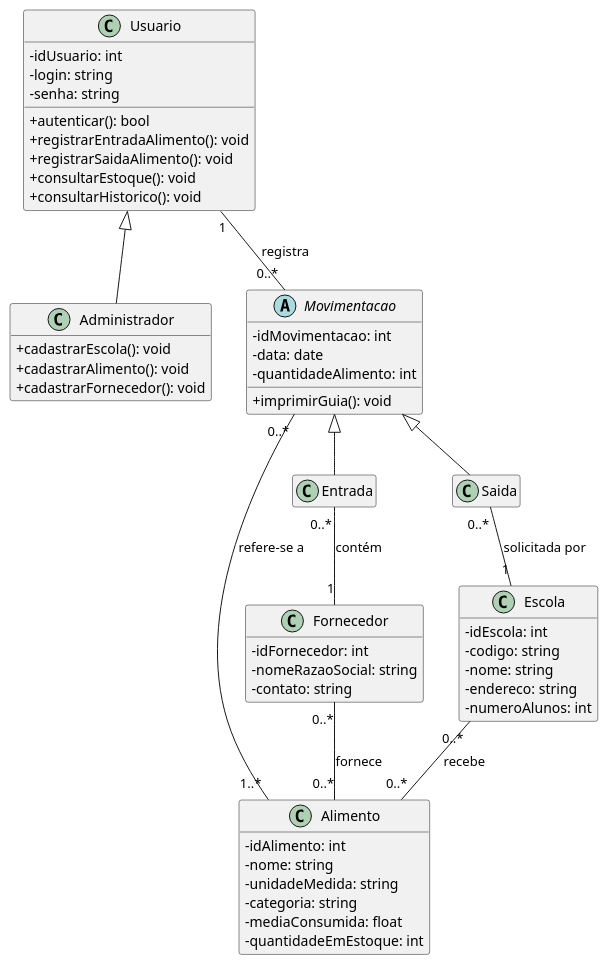
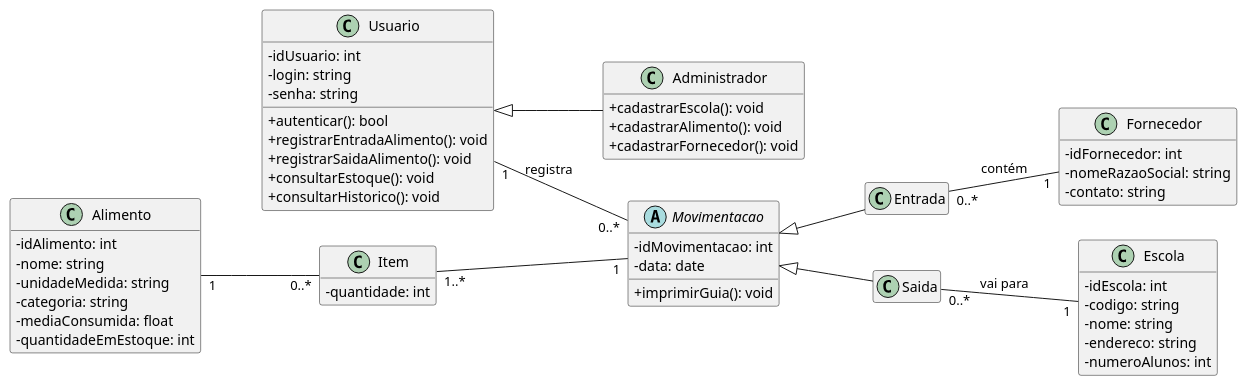
One commit to NOCKjr/TESI_I_PROJETO_ESTOQUE changed the diagram in diagrama-de-classes.puml. Above: the diagram before and after it, drawn with PlantUML.

Commit message:
feat: diagramade classes V0.0.0.0.0.0.0.0.0.0.0.0.2

```diff
--- a/diagrama-de-classes.puml
+++ b/diagrama-de-classes.puml
@@ -1,69 +1,78 @@
 @startuml
 
 skinparam classAttributeIconSize 0
 hide empty members
+
+left to right direction
 
 class Usuario {
     -idUsuario: int
     -login: string
     -senha: string
     +autenticar(): bool
     +registrarEntradaAlimento(): void
     +registrarSaidaAlimento(): void
     +consultarEstoque(): void
     +consultarHistorico(): void
 }
 
 class Administrador extends Usuario {
     +cadastrarEscola(): void
     +cadastrarAlimento(): void
     +cadastrarFornecedor(): void
 }
 
 class Escola {
     -idEscola: int
     -codigo: string
     -nome: string
     -endereco: string
     -numeroAlunos: int
 }
 
 class Alimento {
     -idAlimento: int
     -nome: string
     -unidadeMedida: string
     -categoria: string
     -mediaConsumida: float
     -quantidadeEmEstoque: int 
 }
 
 class Fornecedor {
     -idFornecedor: int
     -nomeRazaoSocial: string
     -contato: string
 }
 
 abstract class Movimentacao {
     -idMovimentacao: int
     -data: date
-    -quantidadeAlimento: int
     +imprimirGuia(): void
 }
 
 class Entrada extends Movimentacao {}
 class Saida extends Movimentacao {}
 
+class Item {
+    - quantidade: int
+}
+
 
 Usuario "1" -- "0..*" Movimentacao : registra
 
-Movimentacao "0..*" -- "1..*" Alimento : refere-se a
+' Movimentacao "0..*" -- "1..*" Alimento : refere-se a
+
+Item "1..*" -- "1" Movimentacao
+
+Alimento "1" -- "0..*" Item
 
 Entrada "0..*" -- "1" Fornecedor : contém
 
-Saida "0..*" -- "1" Escola : solicitada por
+Saida "0..*" -- "1" Escola : vai para
 
-Fornecedor "0..*" -- "0..*" Alimento : fornece
+' Fornecedor "0..*" -- "0..*" Alimento : fornece
 
-Escola "0..*" -- "0..*" Alimento : recebe
+' Escola "0..*" -- "0..*" Alimento : recebe
 
 @enduml
```
